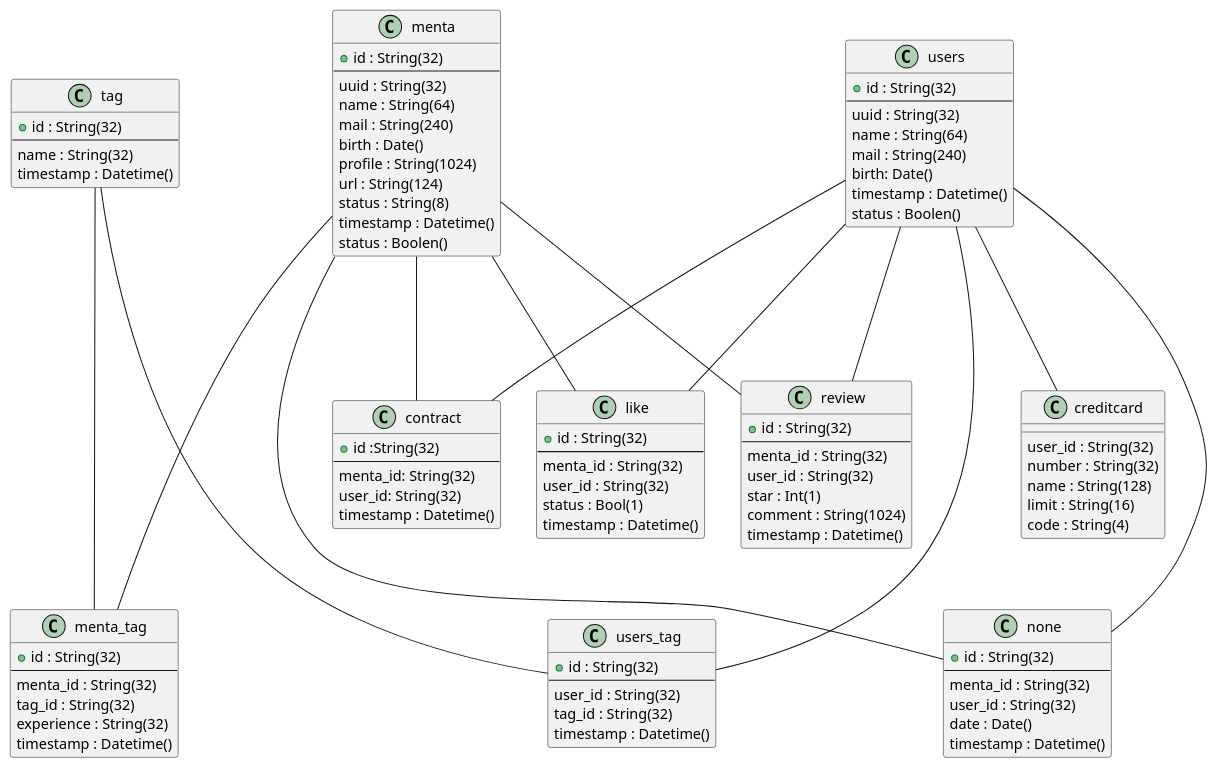
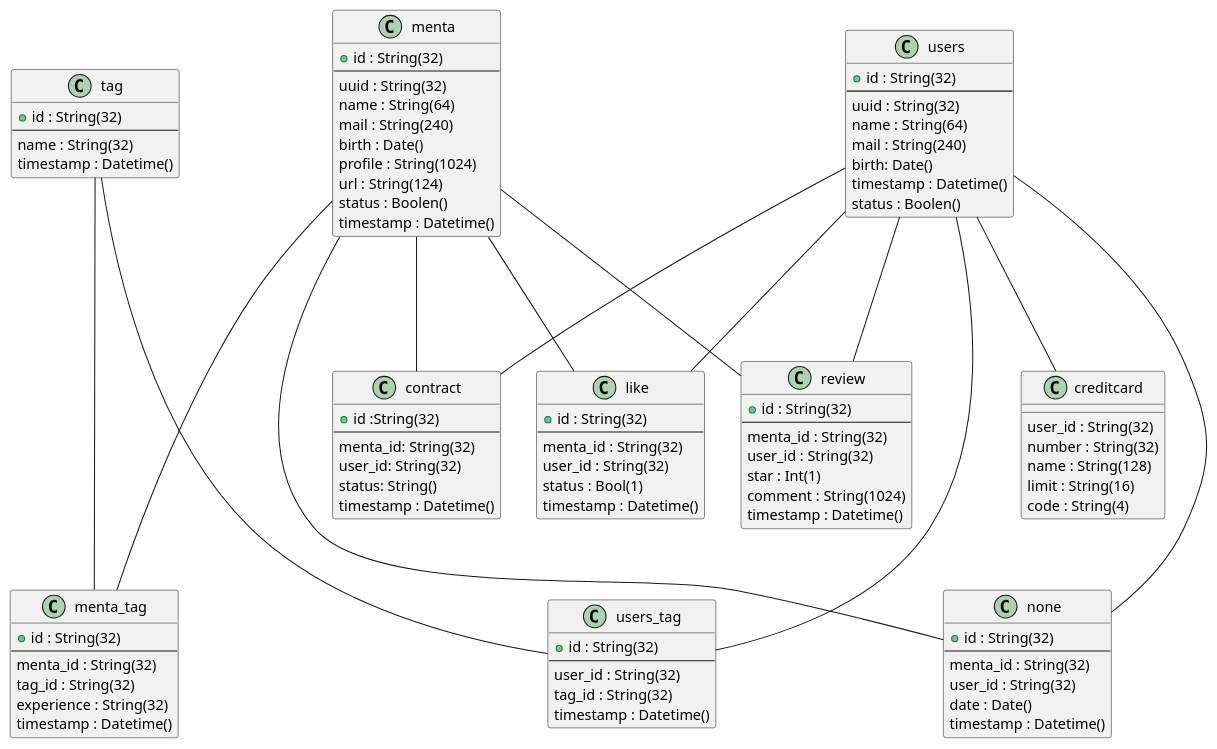
Before and after one commit to mitsuYashi/Mynt: the diagram in er.pu, drawn with PlantUML.

Commit message:
add:契約済みテーブルの有効化カラム追加

```diff
--- a/er.pu
+++ b/er.pu
@@ -1,146 +1,147 @@
 @startuml ER
 
 class users {
     + id : String(32)
     ---
     uuid : String(32)
     name : String(64)
     mail : String(240) 
     birth: Date()
     timestamp : Datetime()
     status : Boolen()
 }
 /'
     クライアント
 
     birth: 誕生日
     status: アカウントの有効状態
 '/
 
 class menta {
     + id : String(32)
     ---
     uuid : String(32)
     name : String(64)
     mail : String(240)
     birth : Date()
     profile : String(1024)
     url : String(124)
-    status : String(8)
+    status : Boolen()
     timestamp : Datetime()
-    status : Boolen()
 }
 /'
     メンター
 
     profile: ポートフォリオ
     url:  youtube url
     status: 有効状態
     
     終了条件をプロフィールに明示する
     完了せずに契約終了した場合返金処理
 '/
 
 class review {
     + id : String(32)
     ---
     menta_id : String(32)
     user_id : String(32)
     star : Int(1)
     comment : String(1024)
     timestamp : Datetime()
 }
 
 class tag {
     + id : String(32)
     ---
     name : String(32)
     timestamp : Datetime()
 }
 /'
     分野
 '/
 
 class users_tag {
     + id : String(32)
     ---
     user_id : String(32)
     tag_id : String(32)
     timestamp : Datetime()
 }
 /'
     userとタグの関連付け
 '/  
 
 class menta_tag {
     + id : String(32)
     ---
     menta_id : String(32)
     tag_id : String(32)
     experience : String(32)
     timestamp : Datetime()
 }
 
 class like {
     ' 契約前
     + id : String(32)
     ---
     menta_id : String(32)
     user_id : String(32)
     status : Bool(1)
     timestamp : Datetime()
 }
 /'
     契約前
     menta_id: サービス提供者
     user_id: 依頼者
     status: 1で有効0で無効
 '/
 
 class contract {
     + id :String(32)
     ---
     menta_id: String(32)
     user_id: String(32)
+    status: String()
     timestamp : Datetime()
 }
 /'
     契約済み
+    status: end、cancell、inProgress
 '/
 
 class none {
     + id : String(32)
     ---
     menta_id : String(32)
     user_id : String(32)
     date : Date()
     timestamp : Datetime()
 }
 /'
     noneされた人
     一か月表示しない
 '/
 
 class creditcard {
     user_id : String(32)
     number : String(32)
     name : String(128)
     limit : String(16)
     code : String(4)
 }
 
 
 users --- like
 menta --- like
 users --- contract
 menta --- contract
 users --- none
 menta ---- none
 tag ---- users_tag
 tag ---- menta_tag
 users ---- users_tag
 menta --- menta_tag
 users --- review
 menta --- review
 users --- creditcard
 @enduml
```
